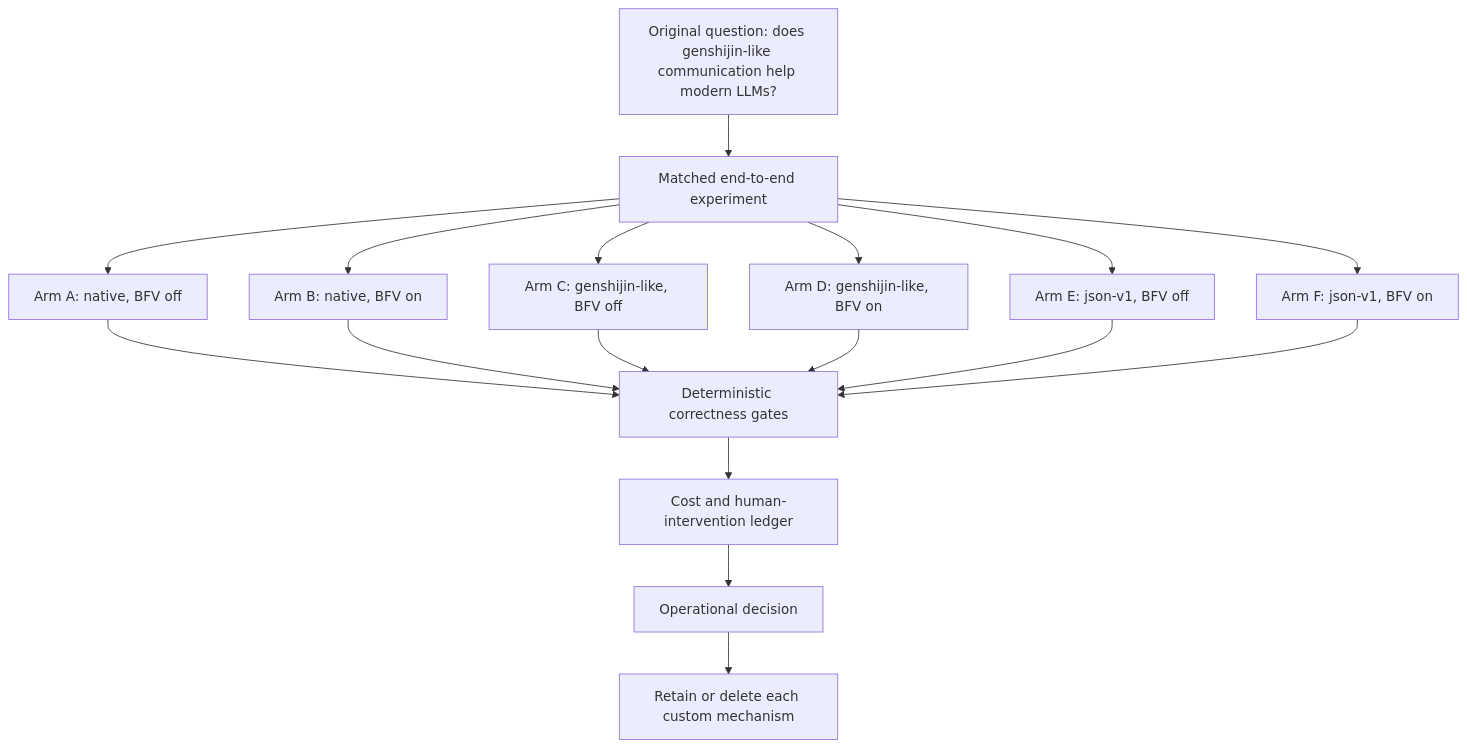
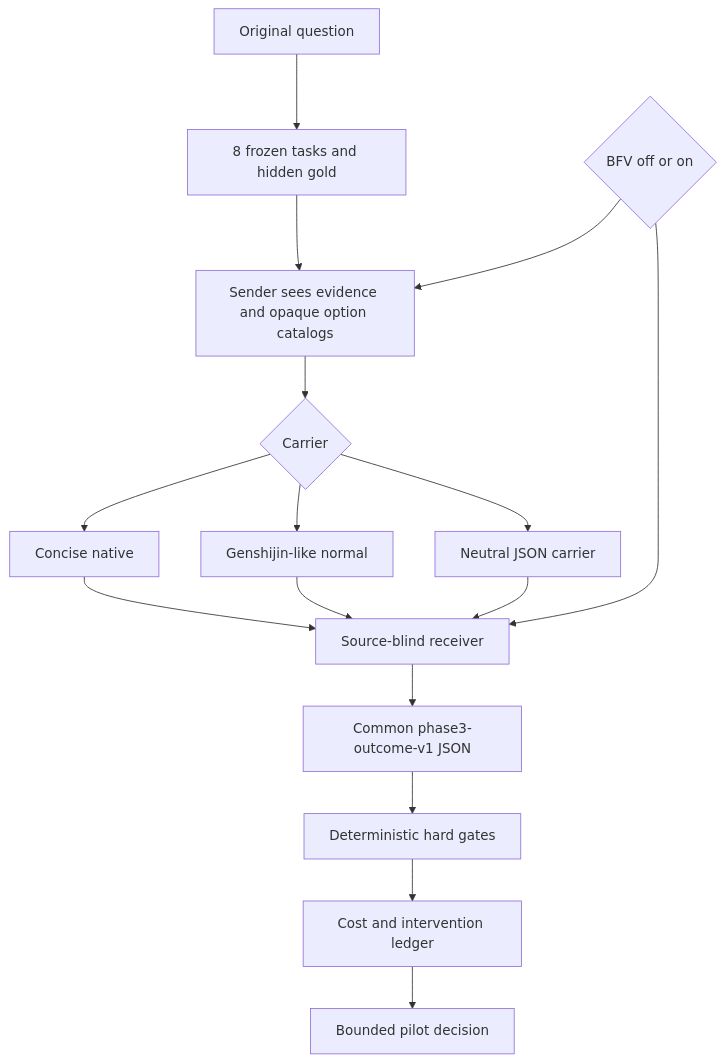
Before and after one commit to TakumiOkayasu/neologistic: the diagram in experiments/phase3/README.md, drawn with Mermaid. The commit also changed other lines of this file and 56 other files, not shown here.

Commit message:
Implement Phase 3 deterministic communication harness

````diff
--- a/experiments/phase3/README.md
+++ b/experiments/phase3/README.md
@@ -15,23 +9,18 @@
 ```mermaid
 flowchart TD
-    O[Original question: does genshijin-like communication help modern LLMs?]
-    O --> M[Matched end-to-end experiment]
-
-    M --> A[Arm A: native, BFV off]
-    M --> B[Arm B: native, BFV on]
-    M --> C[Arm C: genshijin-like, BFV off]
-    M --> D[Arm D: genshijin-like, BFV on]
-    M --> E[Arm E: json-v1, BFV off]
-    M --> F[Arm F: json-v1, BFV on]
-
-    A --> G[Deterministic correctness gates]
-    B --> G
-    C --> G
-    D --> G
-    E --> G
-    F --> G
-
-    G --> H[Cost and human-intervention ledger]
-    H --> I[Operational decision]
-    I --> J[Retain or delete each custom mechanism]
+    O[Original question] --> F[8 frozen tasks and hidden gold]
+    F --> S[Sender sees evidence and opaque option catalogs]
+    S --> C{Carrier}
+    C --> N[Concise native]
+    C --> G[Genshijin-like normal]
+    C --> J[Neutral JSON carrier]
+    P{BFV off or on} --> S
+    P --> R[Source-blind receiver]
+    N --> R
+    G --> R
+    J --> R
+    R --> OJ[Common phase3-outcome-v1 JSON]
+    OJ --> V[Deterministic hard gates]
+    V --> L[Cost and intervention ledger]
+    L --> D[Bounded pilot decision]
 ```
````
